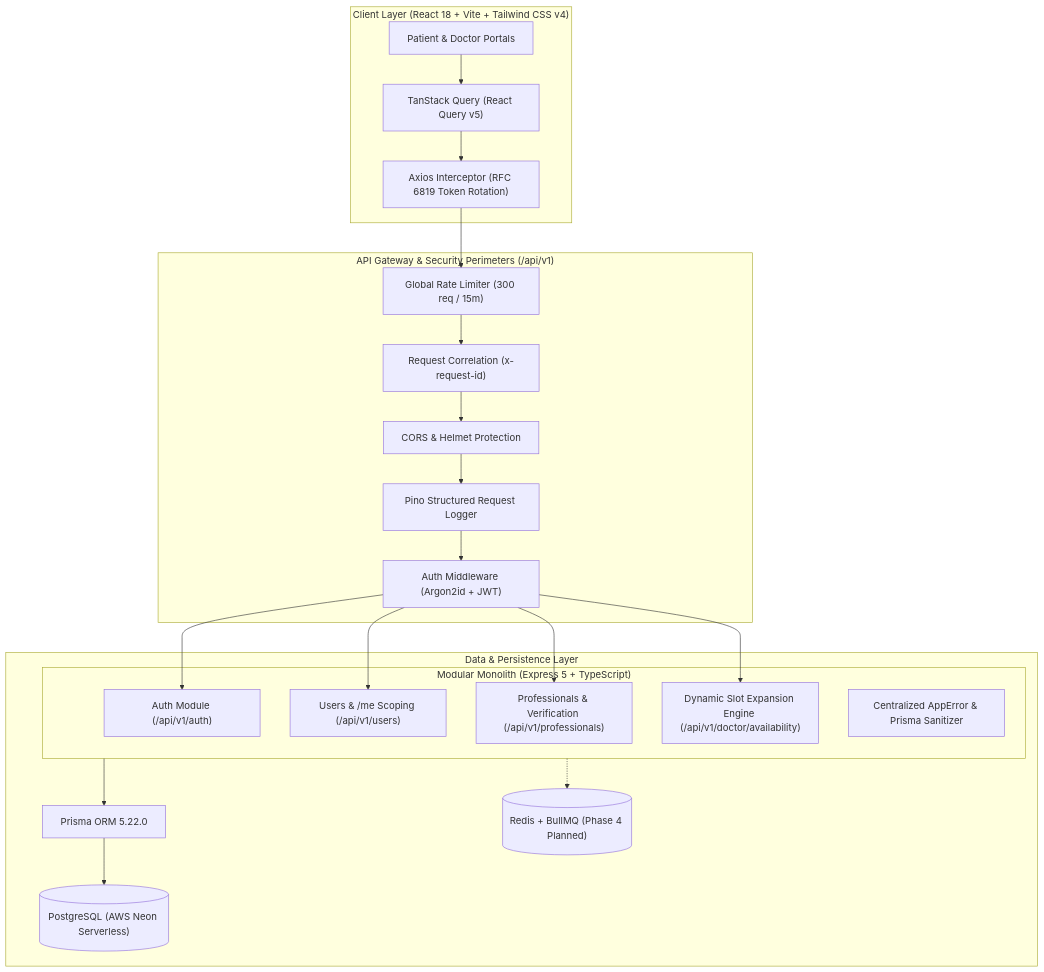
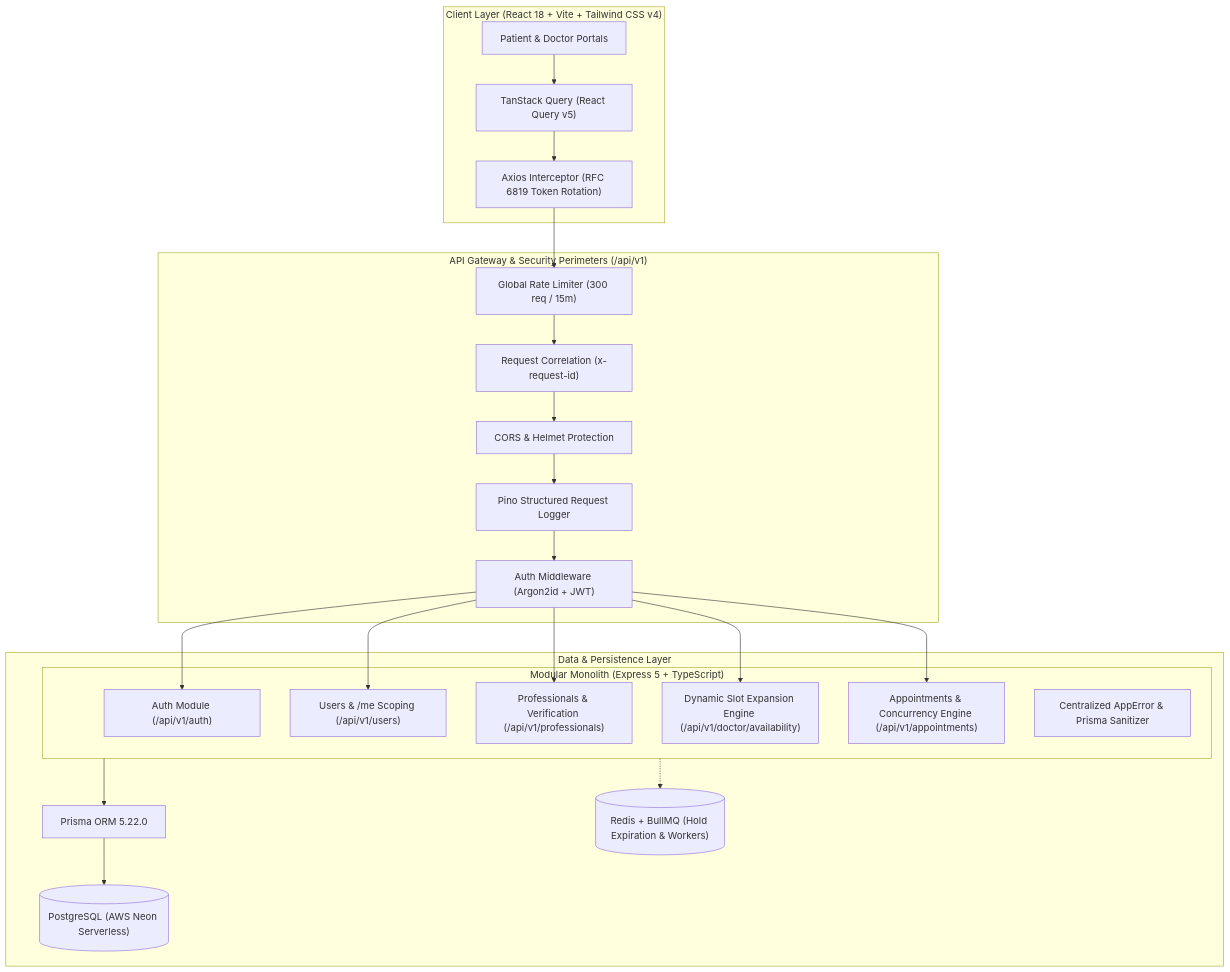
The diagram in README.md (IamAhsan1/proroute-health), drawn with Mermaid before and after one commit. The commit also changed other lines of this file and 2 other files, not shown here.

Commit message:
docs(phase-04): add booking lifecycle technical specification and update master documentation

````diff
--- a/README.md
+++ b/README.md
@@ -20,38 +20,40 @@
 ```mermaid
 flowchart TD
     subgraph ClientLayer ["Client Layer (React 18 + Vite + Tailwind CSS v4)"]
         UI["Patient & Doctor Portals"]
         RQ["TanStack Query (React Query v5)"]
         Axios["Axios Interceptor (RFC 6819 Token Rotation)"]
         UI --> RQ --> Axios
     end
 
     subgraph Gateway ["API Gateway & Security Perimeters (/api/v1)"]
         RL["Global Rate Limiter (300 req / 15m)"]
         CID["Request Correlation (x-request-id)"]
         CORS["CORS & Helmet Protection"]
         Pino["Pino Structured Request Logger"]
         AuthM["Auth Middleware (Argon2id + JWT)"]
         Axios --> RL --> CID --> CORS --> Pino --> AuthM
     end
 
     subgraph BackendModules ["Modular Monolith (Express 5 + TypeScript)"]
         AuthMod["Auth Module (/api/v1/auth)"]
         UserMod["Users & /me Scoping (/api/v1/users)"]
         ProfMod["Professionals & Verification (/api/v1/professionals)"]
         AvailMod["Dynamic Slot Expansion Engine (/api/v1/doctor/availability)"]
+        ApptMod["Appointments & Concurrency Engine (/api/v1/appointments)"]
         ErrH["Centralized AppError & Prisma Sanitizer"]
         AuthM --> AuthMod
         AuthM --> UserMod
         AuthM --> ProfMod
         AuthM --> AvailMod
+        AuthM --> ApptMod
     end
 
     subgraph DataStorage ["Data & Persistence Layer"]
         Prisma["Prisma ORM 5.22.0"]
         NeonDB[("PostgreSQL (AWS Neon Serverless)")]
-        RedisQueue[("Redis + BullMQ (Phase 4 Planned)")]
+        RedisQueue[("Redis + BullMQ (Hold Expiration & Workers)")]
         BackendModules --> Prisma --> NeonDB
         BackendModules -.-> RedisQueue
     end
 ```
````
